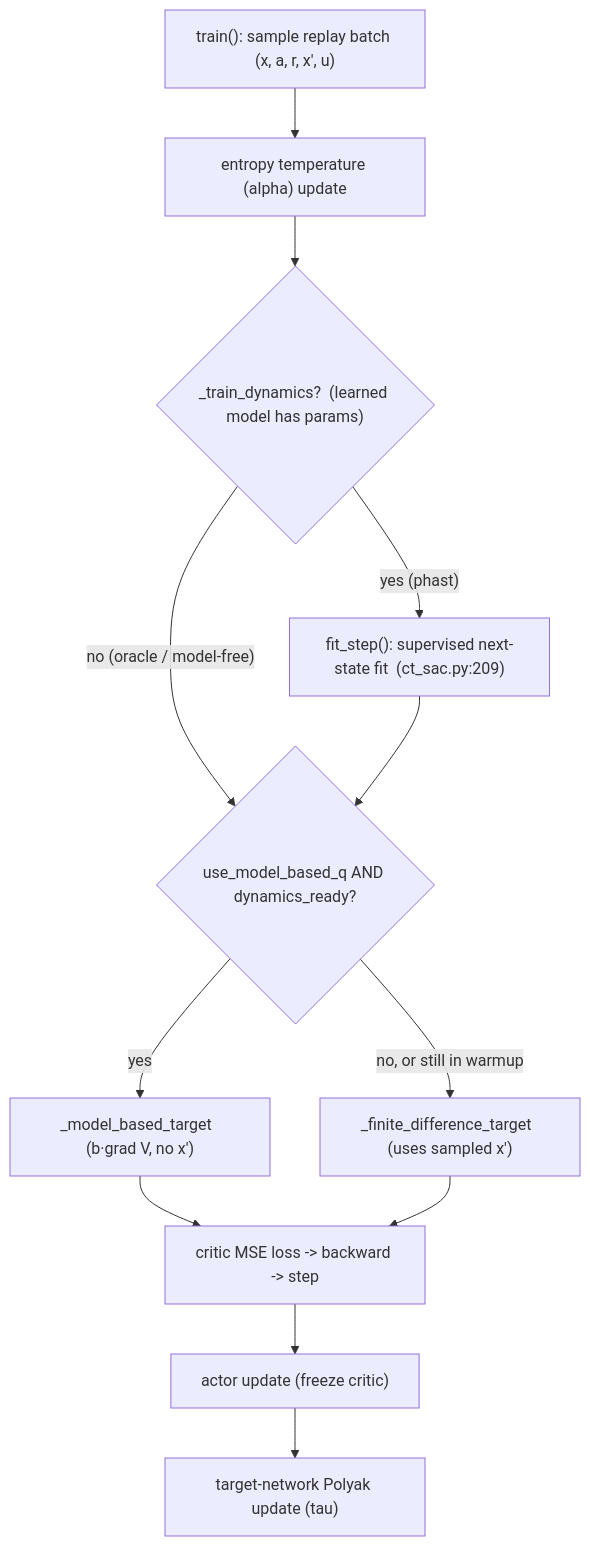
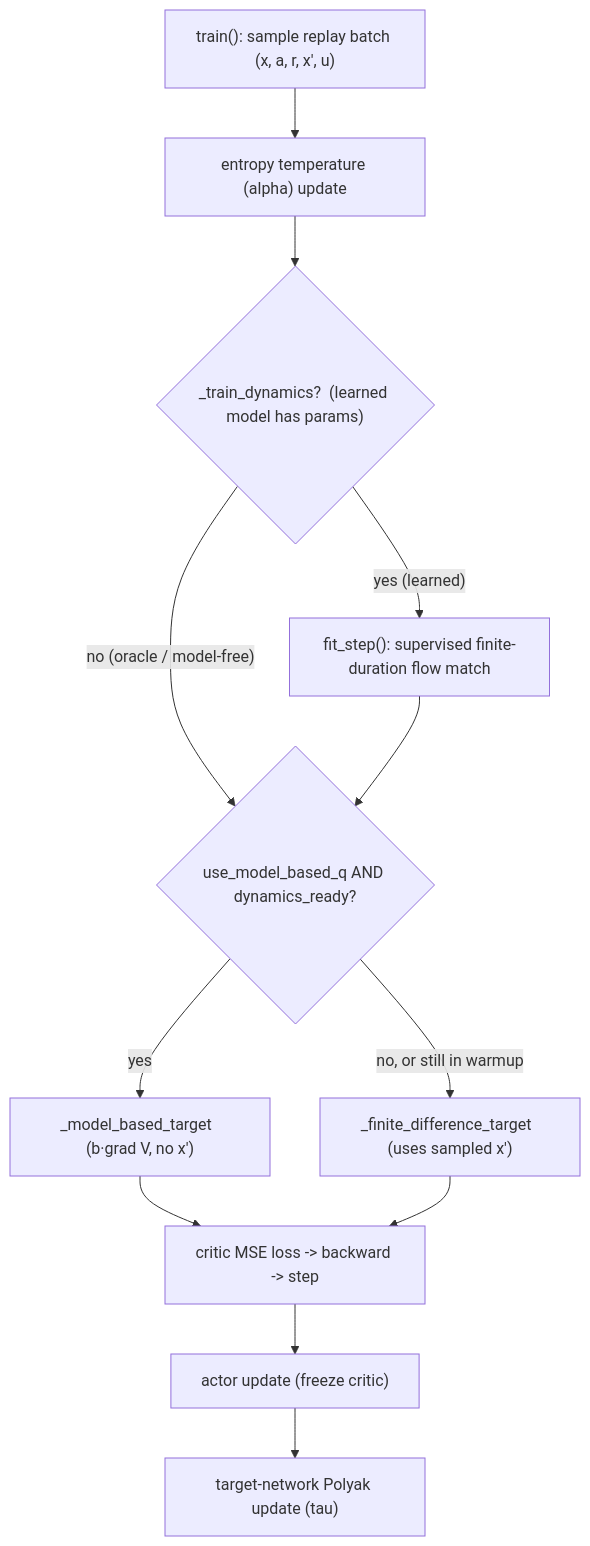
Before and after one commit to sebale16/ct-rl: the first of 2 diagrams in docs/ct_sac_model_based_call_stack.md, drawn with Mermaid. The commit also changed other lines of this file and 4 other files, not shown here.

````diff
--- a/docs/ct_sac_model_based_call_stack.md
+++ b/docs/ct_sac_model_based_call_stack.md
@@ -85,14 +87,14 @@
 ```mermaid
 flowchart TD
     T["train(): sample replay batch (x, a, r, x', u)"] --> AL["entropy temperature (alpha) update"]
     AL --> DYN{"_train_dynamics?  (learned model has params)"}
-    DYN -->|"yes (phast)"| FIT["fit_step(): supervised next-state fit  (ct_sac.py:209)"]
+    DYN -->|"yes (learned)"| FIT["fit_step(): supervised finite-duration flow match"]
     DYN -->|"no (oracle / model-free)"| GATE
     FIT --> GATE{"use_model_based_q AND dynamics_ready?"}
     GATE -->|"yes"| MG["_model_based_target  (b·grad V, no x')"]
     GATE -->|"no, or still in warmup"| MF["_finite_difference_target  (uses sampled x')"]
     MG --> L["critic MSE loss -> backward -> step"]
     MF --> L
     L --> AC["actor update (freeze critic)"]
     AC --> TN["target-network Polyak update (tau)"]
 ```
````
